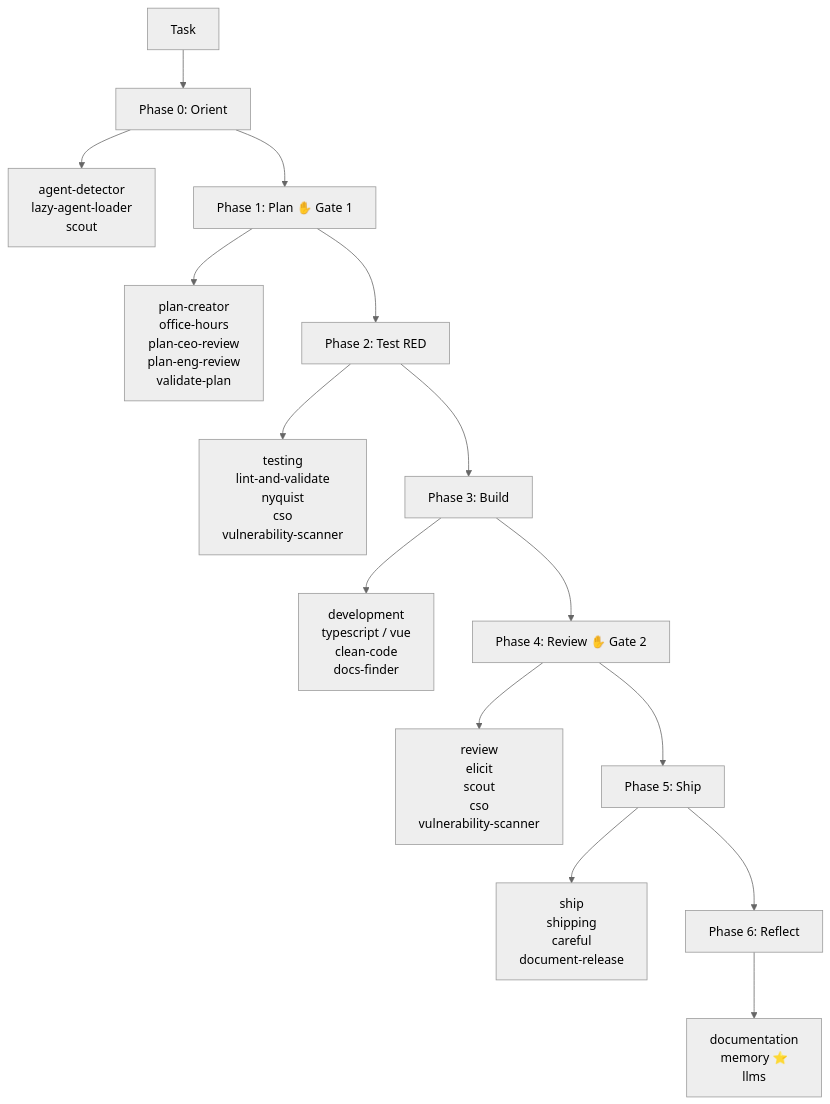
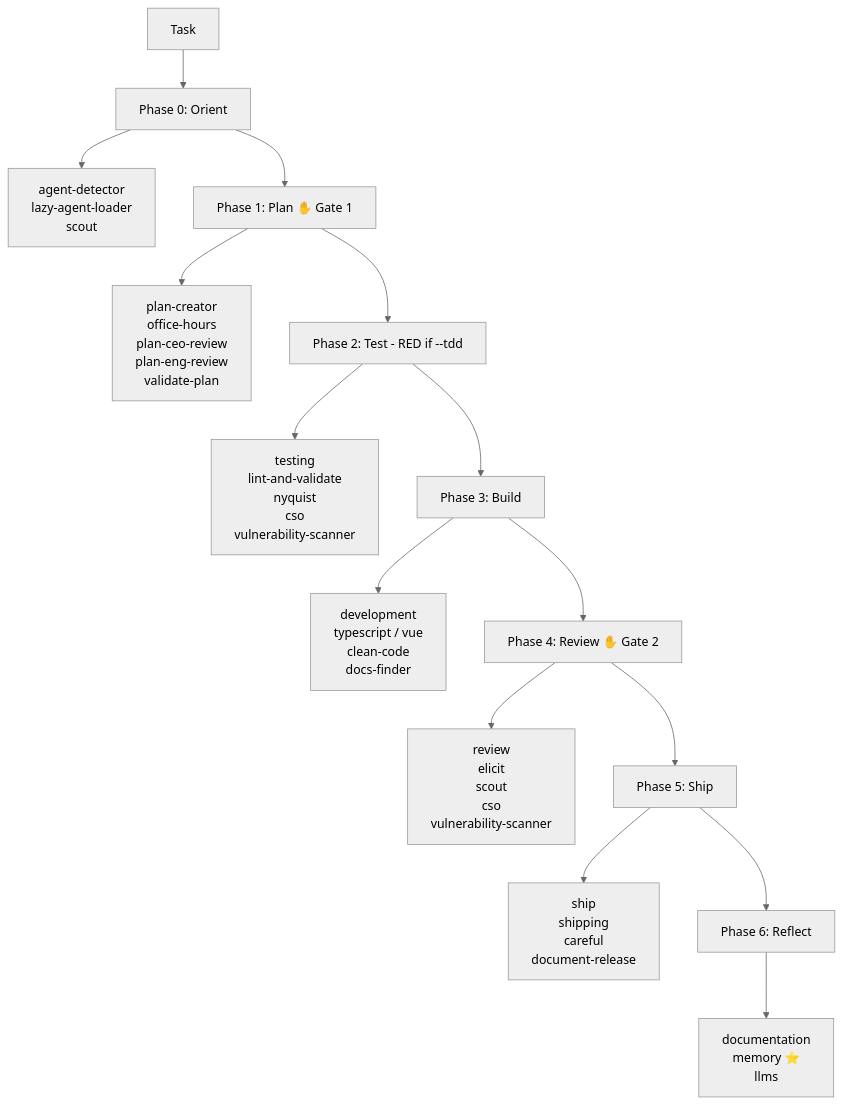
Before and after one commit to ngocsangyem/MeowKit: the diagram in website/guide/agent-skill-architecture.md, drawn with Mermaid (neutral theme). The commit also changed other lines of this file and 97 other files, not shown here.

````diff
--- a/website/guide/agent-skill-architecture.md
+++ b/website/guide/agent-skill-architecture.md
@@ -97,23 +97,23 @@
 ```mermaid
 flowchart TD
     T[Task] --> P0[Phase 0: Orient]
     P0 --> S0[agent-detector\nlazy-agent-loader\nscout]
 
     P0 --> P1[Phase 1: Plan ✋ Gate 1]
     P1 --> S1[plan-creator\noffice-hours\nplan-ceo-review\nplan-eng-review\nvalidate-plan]
 
-    P1 --> P2[Phase 2: Test RED]
+    P1 --> P2[Phase 2: Test - RED if --tdd]
     P2 --> S2[testing\nlint-and-validate\nnyquist\ncso\nvulnerability-scanner]
 
     P2 --> P3[Phase 3: Build]
     P3 --> S3[development\ntypescript / vue\nclean-code\ndocs-finder]
 
     P3 --> P4[Phase 4: Review ✋ Gate 2]
     P4 --> S4[review\nelicit\nscout\ncso\nvulnerability-scanner]
 
     P4 --> P5[Phase 5: Ship]
     P5 --> S5[ship\nshipping\ncareful\ndocument-release]
 
     P5 --> P6[Phase 6: Reflect]
     P6 --> S6[documentation\nmemory ⭐\nllms]
 ```
````
